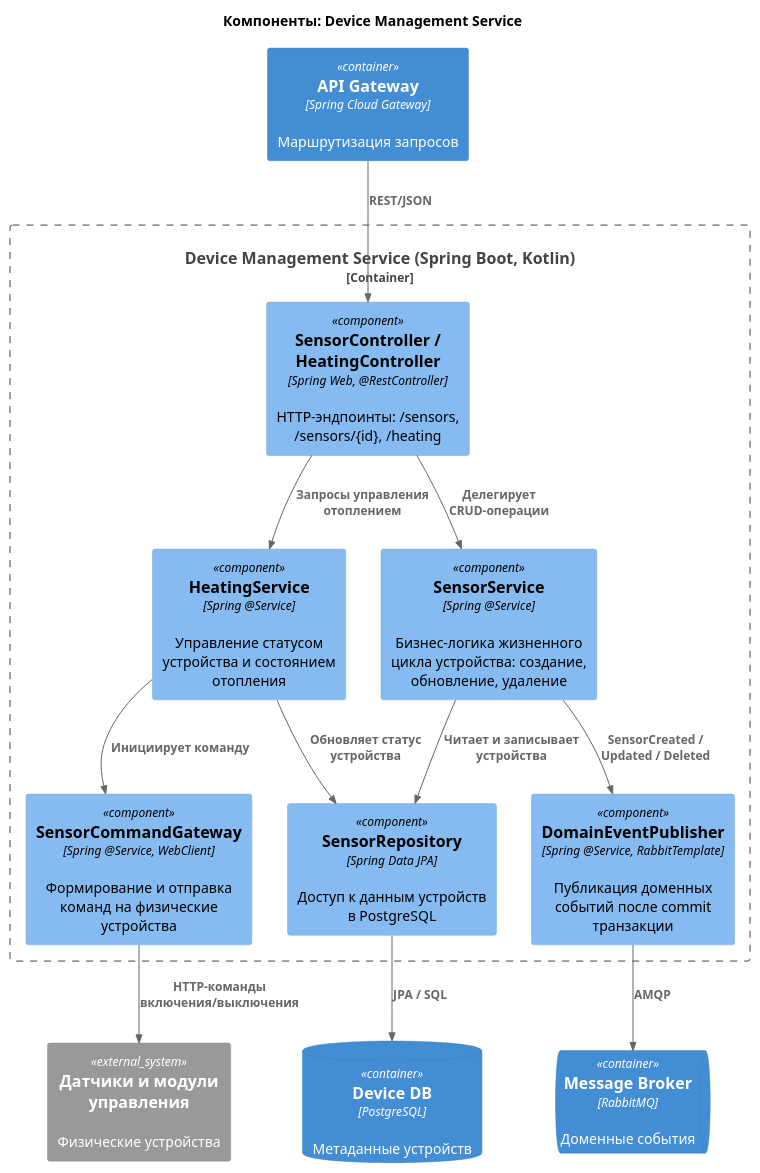
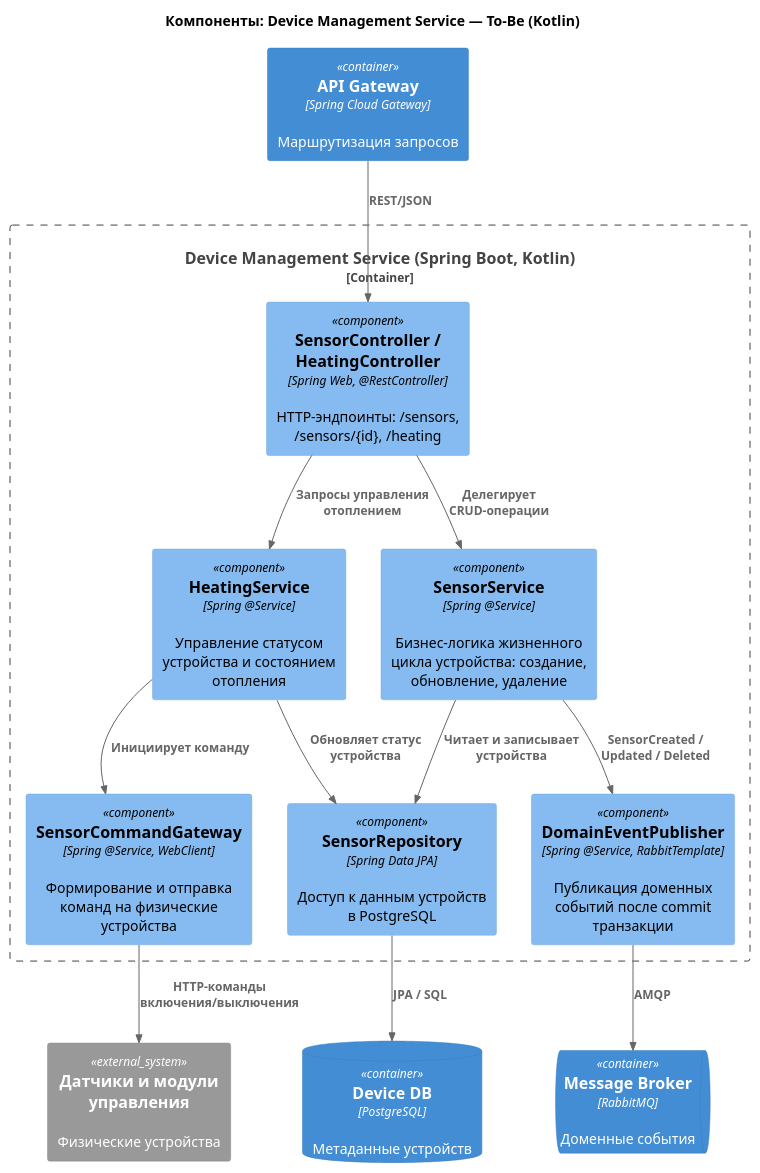
Before and after one commit to sergeybe1an/architecture-pro-warmhouse: the diagram in schemas/Components-DeviceManagement.puml, drawn with PlantUML. The commit also changed 32 other files, not shown here.

```diff
--- a/schemas/Components-DeviceManagement.puml
+++ b/schemas/Components-DeviceManagement.puml
@@ -1,33 +1,33 @@
 @startuml
-title Компоненты: Device Management Service
+title Компоненты: Device Management Service — To-Be (Kotlin)
 
 top to bottom direction
 
 !include https://raw.githubusercontent.com/plantuml-stdlib/C4-PlantUML/master/C4_Component.puml
 
 Container(gateway, "API Gateway", "Spring Cloud Gateway", "Маршрутизация запросов")
 ContainerDb(device_db, "Device DB", "PostgreSQL", "Метаданные устройств")
 ContainerQueue(broker, "Message Broker", "RabbitMQ", "Доменные события")
 System_Ext(sensors, "Датчики и модули управления", "Физические устройства")
 
 Container_Boundary(device_svc, "Device Management Service (Spring Boot, Kotlin)") {
     Component(api, "SensorController / HeatingController", "Spring Web, @RestController", "HTTP-эндпоинты: /sensors, /sensors/{id}, /heating")
     Component(device_manager, "SensorService", "Spring @Service", "Бизнес-логика жизненного цикла устройства: создание, обновление, удаление")
     Component(state_manager, "HeatingService", "Spring @Service", "Управление статусом устройства и состоянием отопления")
     Component(command_handler, "SensorCommandGateway", "Spring @Service, WebClient", "Формирование и отправка команд на физические устройства")
     Component(device_repo, "SensorRepository", "Spring Data JPA", "Доступ к данным устройств в PostgreSQL")
     Component(event_publisher, "DomainEventPublisher", "Spring @Service, RabbitTemplate", "Публикация доменных событий после commit транзакции")
 }
 
 Rel(gateway, api, "REST/JSON", "")
 Rel(api, device_manager, "Делегирует CRUD-операции", "")
 Rel(api, state_manager, "Запросы управления отоплением", "")
 Rel(device_manager, device_repo, "Читает и записывает устройства", "")
 Rel(state_manager, device_repo, "Обновляет статус устройства", "")
 Rel(state_manager, command_handler, "Инициирует команду", "")
 Rel(command_handler, sensors, "HTTP-команды включения/выключения", "")
 Rel(device_manager, event_publisher, "SensorCreated / Updated / Deleted", "")
 Rel(event_publisher, broker, "AMQP", "")
 Rel(device_repo, device_db, "JPA / SQL", "")
 
 @enduml
```
